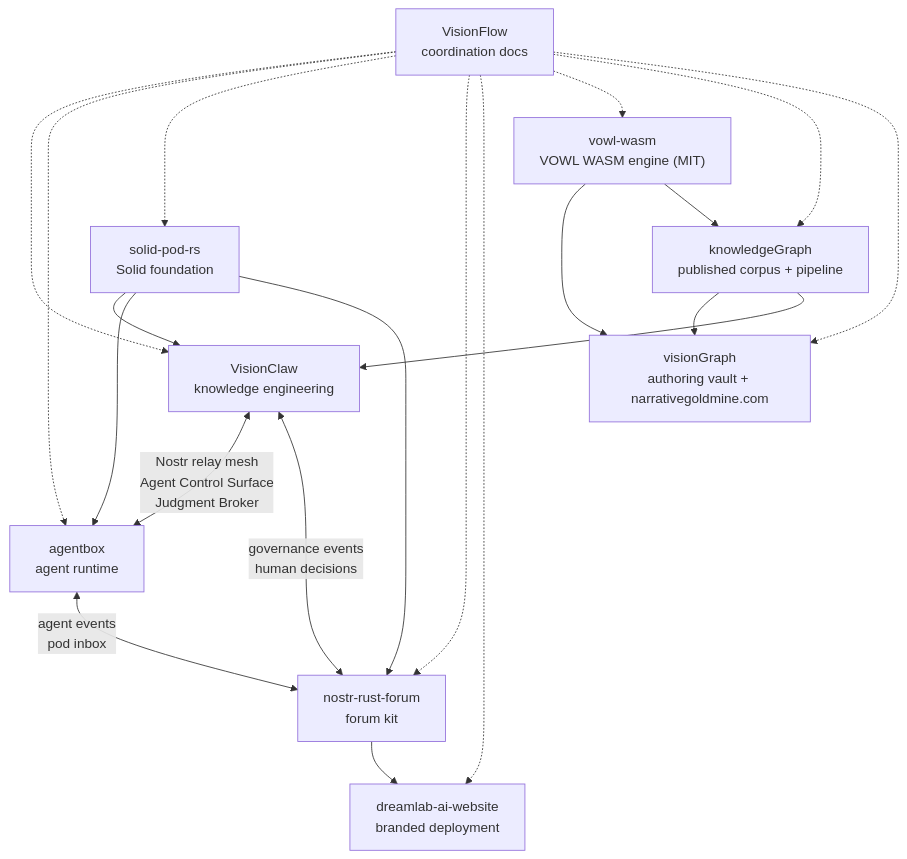
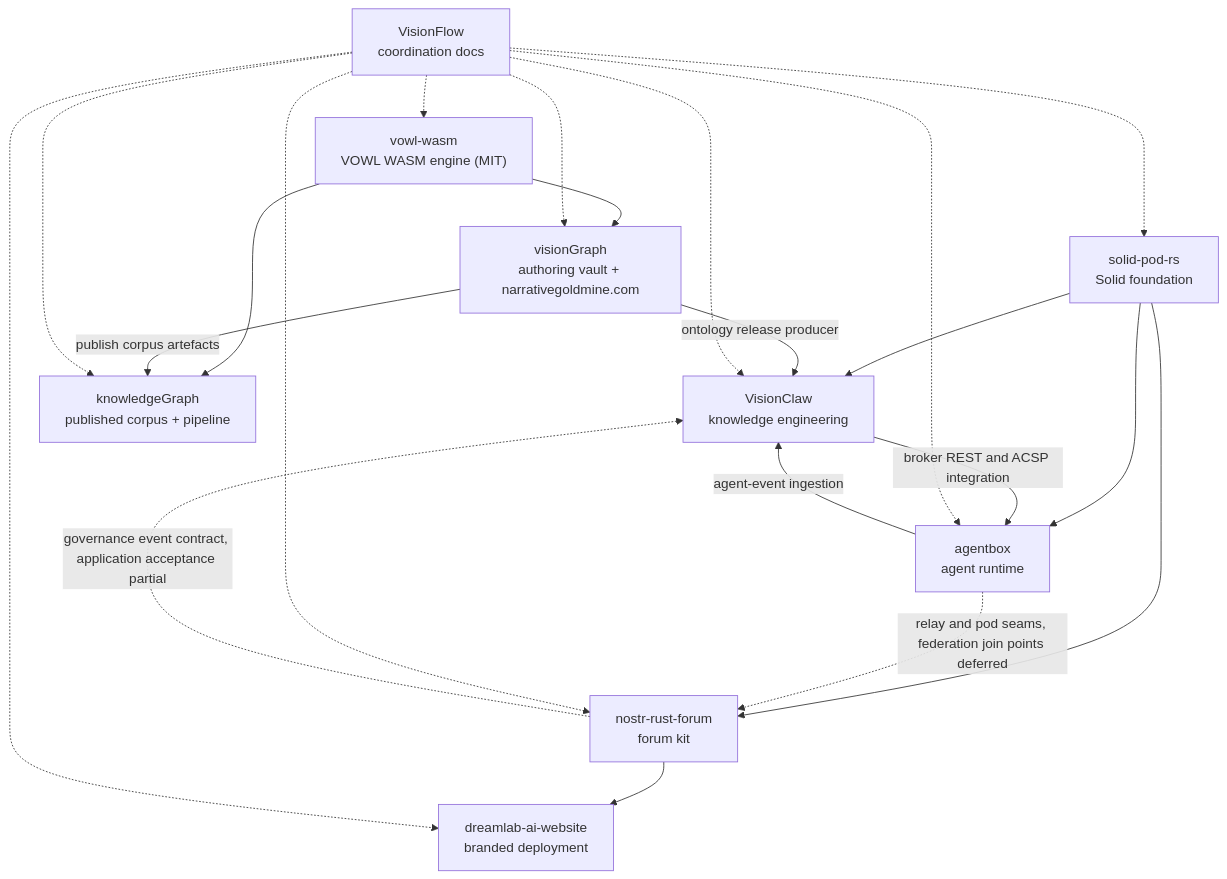
One commit to DreamLab-AI/VisionFlow changed the diagram in docs/architecture/repository-map.md. Above: the diagram before and after it, drawn with Mermaid. The commit also changed other lines of this file and 185 other files, not shown here.

Commit message:
docs(estate): reconcile diagrams and ADRs with source and define closeout sprint

````diff
--- a/docs/architecture/repository-map.md
+++ b/docs/architecture/repository-map.md
@@ -22,34 +37,35 @@
 ```mermaid
 flowchart TB
     VF["VisionFlow\ncoordination docs"]
     VC["VisionClaw\nknowledge engineering"]
     AB["agentbox\nagent runtime"]
     SPR["solid-pod-rs\nSolid foundation"]
     NRF["nostr-rust-forum\nforum kit"]
     DLW["dreamlab-ai-website\nbranded deployment"]
     VW["vowl-wasm\nVOWL WASM engine (MIT)"]
     KG["knowledgeGraph\npublished corpus + pipeline"]
     VG["visionGraph\nauthoring vault + narrativegoldmine.com"]
 
     SPR --> VC
     SPR --> AB
     SPR --> NRF
     NRF --> DLW
     VW --> VG
     VW --> KG
-    KG --> VG
-    KG --> VC
+    VG -->|"publish corpus artefacts"| KG
+    VG -->|"ontology release producer"| VC
 
-    VC <-->|"Nostr relay mesh\nAgent Control Surface\nJudgment Broker"| AB
-    VC <-->|"governance events\nhuman decisions"| NRF
-    AB <-->|"agent events\npod inbox"| NRF
+    AB -->|"agent-event ingestion"| VC
+    VC -->|"broker REST and ACSP integration"| AB
+    NRF -.->|"governance event contract, application acceptance partial"| VC
+    AB -.->|"relay and pod seams, federation join points deferred"| NRF
 
     VF -.-> VC
     VF -.-> AB
     VF -.-> SPR
     VF -.-> NRF
     VF -.-> DLW
     VF -.-> VW
     VF -.-> KG
     VF -.-> VG
 ```
````
